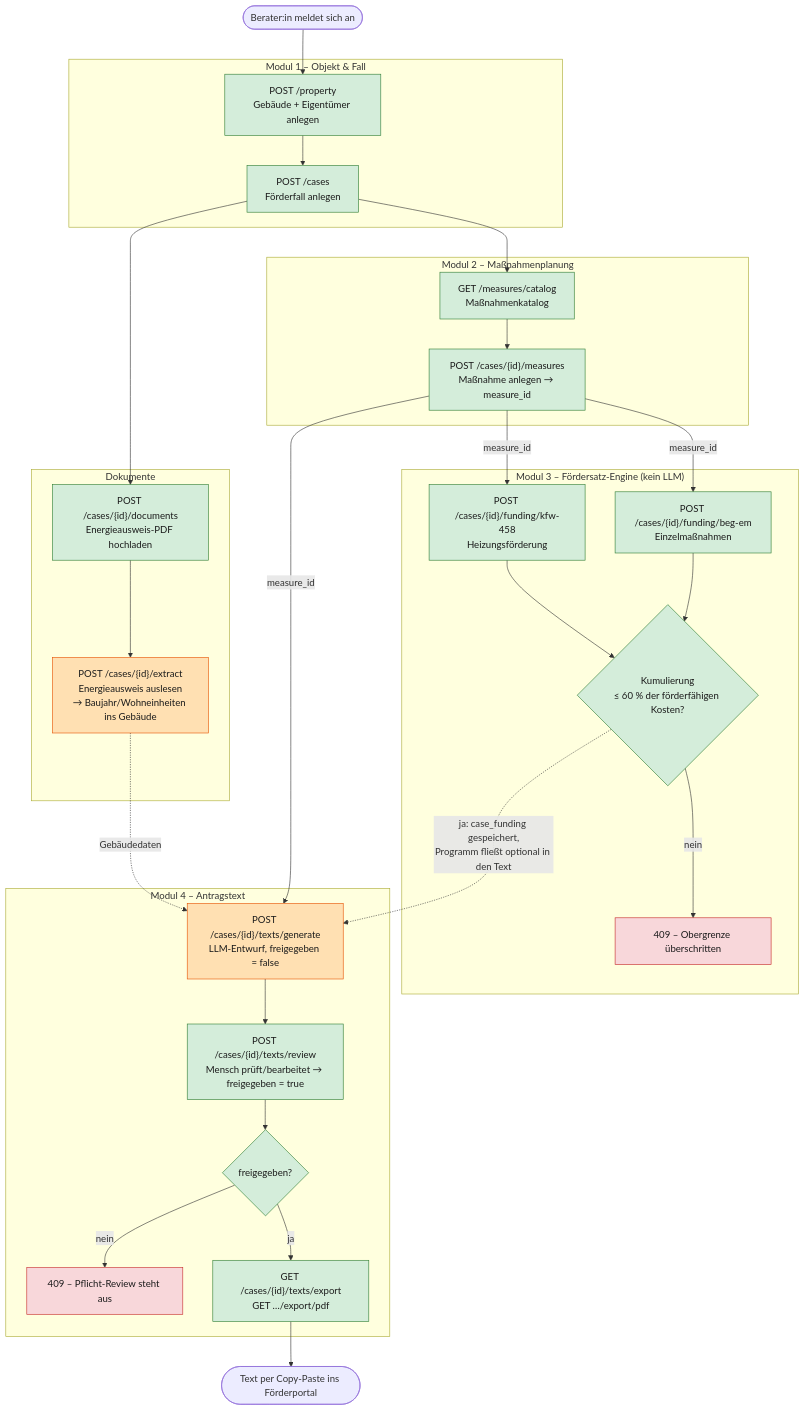
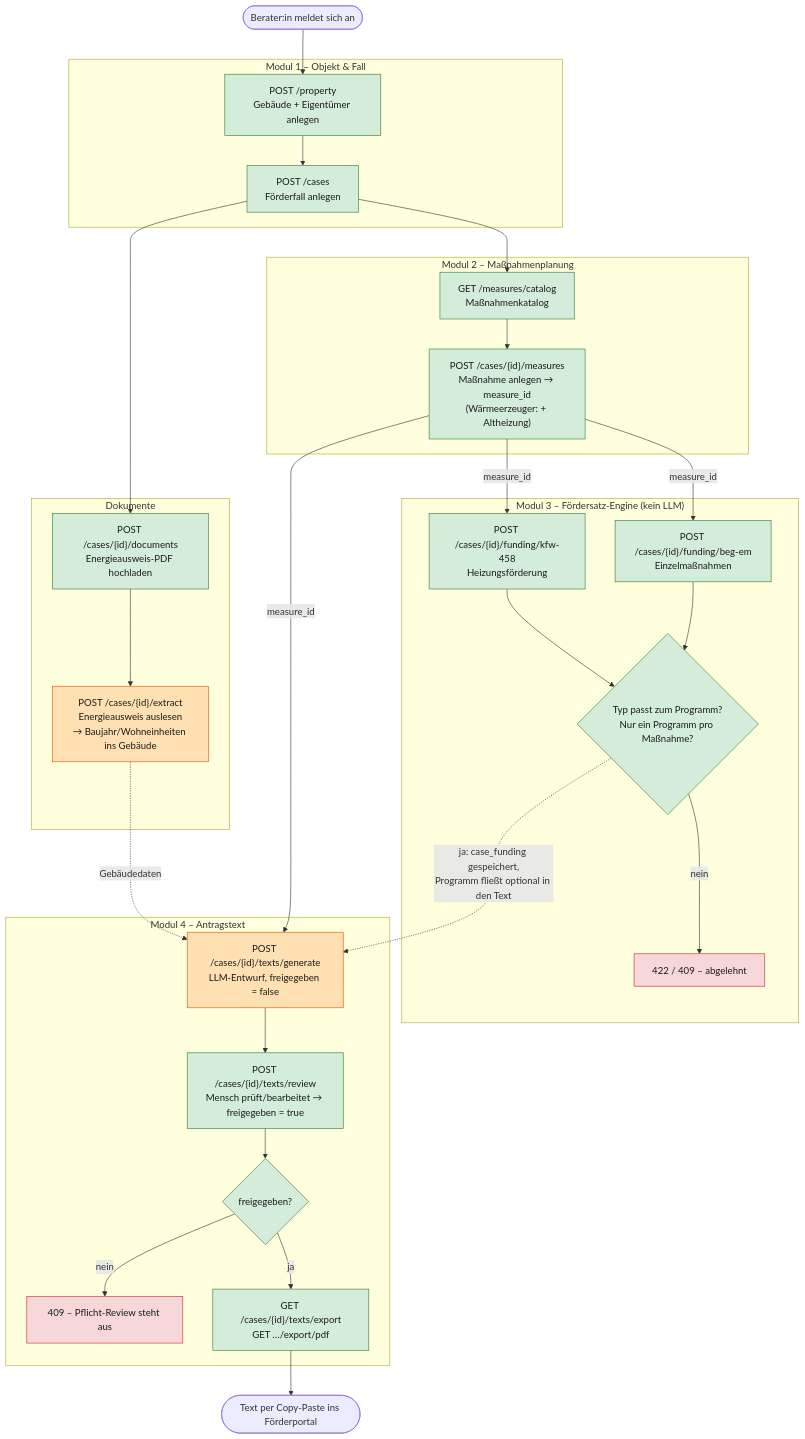
The diagram in docs/ablauf.md (Airdinsh-Ai/beg-antrags-software), drawn with Mermaid before and after one commit. The commit also changed other lines of this file and 16 other files, not shown here.

````diff
--- a/docs/ablauf.md
+++ b/docs/ablauf.md
@@ -6,59 +6,59 @@
 ```mermaid
 flowchart TD
     start(["Berater:in meldet sich an"]) --> prop
 
     subgraph M1["Modul 1 – Objekt & Fall"]
         prop["POST /property<br/>Gebäude + Eigentümer anlegen"]
         caseN["POST /cases<br/>Förderfall anlegen"]
         prop --> caseN
     end
 
     subgraph DOK["Dokumente"]
         upload["POST /cases/{id}/documents<br/>Energieausweis-PDF hochladen"]
         extract["POST /cases/{id}/extract<br/>Energieausweis auslesen<br/>→ Baujahr/Wohneinheiten ins Gebäude"]
         upload --> extract
     end
 
     subgraph M2["Modul 2 – Maßnahmenplanung"]
         catalog["GET /measures/catalog<br/>Maßnahmenkatalog"]
-        measure["POST /cases/{id}/measures<br/>Maßnahme anlegen → measure_id"]
+        measure["POST /cases/{id}/measures<br/>Maßnahme anlegen → measure_id<br/>(Wärmeerzeuger: + Altheizung)"]
         catalog --> measure
     end
 
     subgraph M3["Modul 3 – Fördersatz-Engine (kein LLM)"]
         kfw["POST /cases/{id}/funding/kfw-458<br/>Heizungsförderung"]
         begem["POST /cases/{id}/funding/beg-em<br/>Einzelmaßnahmen"]
-        kumul{"Kumulierung<br/>≤ 60 % der förderfähigen Kosten?"}
-        kumulFail["409 – Obergrenze überschritten"]
+        kumul{"Typ passt zum Programm?<br/>Nur ein Programm pro Maßnahme?"}
+        kumulFail["422 / 409 – abgelehnt"]
         kfw --> kumul
         begem --> kumul
         kumul -- nein --> kumulFail
     end
 
     subgraph M4["Modul 4 – Antragstext"]
         gen["POST /cases/{id}/texts/generate<br/>LLM-Entwurf, freigegeben = false"]
         review["POST /cases/{id}/texts/review<br/>Mensch prüft/bearbeitet → freigegeben = true"]
         check{"freigegeben?"}
         blocked["409 – Pflicht-Review steht aus"]
         export["GET /cases/{id}/texts/export<br/>GET …/export/pdf"]
         gen --> review --> check
         check -- ja --> export
         check -- nein --> blocked
     end
 
     caseN --> upload
     caseN --> catalog
     extract -. "Gebäudedaten" .-> gen
     measure -- "measure_id" --> kfw
     measure -- "measure_id" --> begem
     kumul -. "ja: case_funding gespeichert,<br/>Programm fließt optional in den Text" .-> gen
     measure -- "measure_id" --> gen
     export --> ende(["Text per Copy-Paste ins Förderportal"])
 
     classDef det fill:#d4edda,stroke:#2e7d32,color:#1b1b1b
     classDef llm fill:#ffe0b2,stroke:#e65100,color:#1b1b1b
     classDef stop fill:#f8d7da,stroke:#c62828,color:#1b1b1b
     class prop,caseN,upload,catalog,measure,kfw,begem,kumul,review,check,export det
     class extract,gen llm
     class kumulFail,blocked stop
 ```
````
